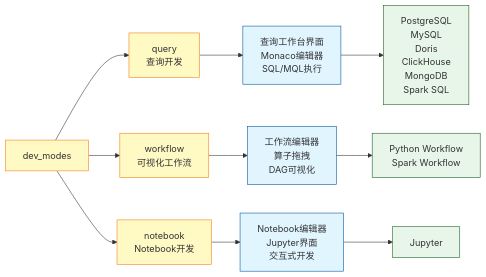
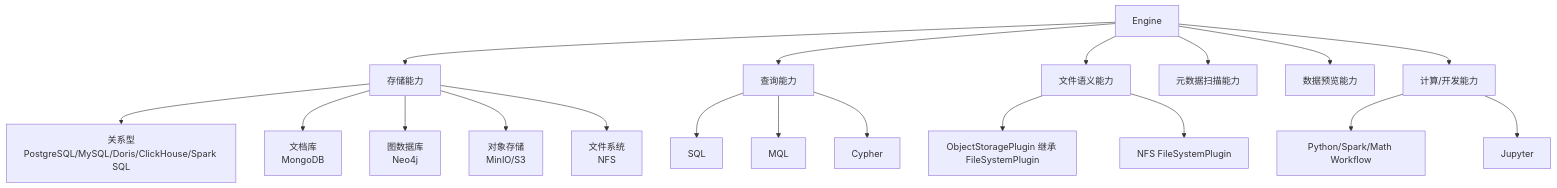
One commit to pampa0629/addp changed the sixth of 8 diagrams in docs/concepts/addp引擎体系图.md. Above: the diagram before and after it, drawn with Mermaid. The commit also changed other lines of this file and 2 other files, not shown here.

````diff
--- a/docs/concepts/addp引擎体系图.md
+++ b/docs/concepts/addp引擎体系图.md
@@ -451,24 +380,27 @@
 ```mermaid
-graph LR
-    DevModes[dev_modes]
+graph TB
+    Engine[Engine]
 
-    DevModes --> Query[query<br/>查询开发]
-    DevModes --> Workflow[workflow<br/>可视化工作流]
-    DevModes --> Notebook[notebook<br/>Notebook开发]
+    Engine --> Storage[存储能力]
+    Engine --> Query[查询能力]
+    Engine --> File[文件语义能力]
+    Engine --> Metadata[元数据扫描能力]
+    Engine --> Preview[数据预览能力]
+    Engine --> Compute[计算/开发能力]
 
-    Query --> QueryUI[查询工作台界面<br/>Monaco编辑器<br/>SQL/MQL执行]
-    Workflow --> WorkflowUI[工作流编辑器<br/>算子拖拽<br/>DAG可视化]
-    Notebook --> NotebookUI[Notebook编辑器<br/>Jupyter界面<br/>交互式开发]
+    Storage --> RelDB[关系型<br/>PostgreSQL/MySQL/Doris/ClickHouse/Spark SQL]
+    Storage --> DocDB[文档库<br/>MongoDB]
+    Storage --> GraphDB[图数据库<br/>Neo4j]
+    Storage --> ObjectStore[对象存储<br/>MinIO/S3]
+    Storage --> FSStore[文件系统<br/>NFS]
 
-    QueryUI --> QueryEngine[PostgreSQL<br/>MySQL<br/>Doris<br/>ClickHouse<br/>MongoDB<br/>Spark SQL]
-    WorkflowUI --> WorkflowEngine[Python Workflow<br/>Spark Workflow]
-    NotebookUI --> NotebookEngine[Jupyter]
+    Query --> SQL[SQL]
+    Query --> MQL[MQL]
+    Query --> Cypher[Cypher]
 
-    classDef mode fill:#fff9c4,stroke:#f57f17
-    classDef ui fill:#e1f5ff,stroke:#01579b
-    classDef engine fill:#e8f5e9,stroke:#1b5e20
+    File --> ObjectFS[ObjectStoragePlugin 继承 FileSystemPlugin]
+    File --> NativeFS[NFS FileSystemPlugin]
 
-    class DevModes,Query,Workflow,Notebook mode
-    class QueryUI,WorkflowUI,NotebookUI ui
-    class QueryEngine,WorkflowEngine,NotebookEngine engine
+    Compute --> Workflow[Python/Spark/Math Workflow]
+    Compute --> Notebook[Jupyter]
 ```
````
